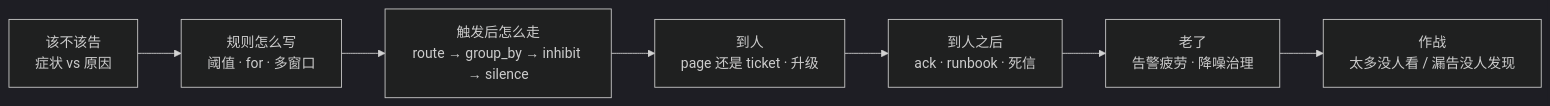
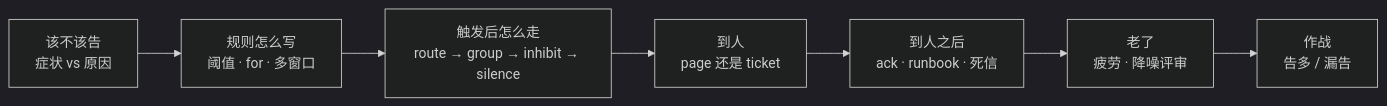
The first of 5 diagrams in 09-可观测性与SRE方法论/03-告警设计与降噪/知识点.md (ml-cuizijun/LearnToLilith), drawn with Mermaid (dark theme) before and after one commit. The commit also changed other lines of this file and 178 other files, not shown here.

````diff
--- a/09-可观测性与SRE方法论/03-告警设计与降噪/知识点.md
+++ b/09-可观测性与SRE方法论/03-告警设计与降噪/知识点.md
@@ -21,9 +14,9 @@
 ```mermaid
 flowchart LR
     SHOULD["该不该告<br/>症状 vs 原因"] --> RULE["规则怎么写<br/>阈值 · for · 多窗口"]
-    RULE --> FLOW["触发后怎么走<br/>route → group_by → inhibit → silence"]
-    FLOW --> PEOPLE["到人<br/>page 还是 ticket · 升级"]
+    RULE --> FLOW["触发后怎么走<br/>route → group → inhibit → silence"]
+    FLOW --> PEOPLE["到人<br/>page 还是 ticket"]
     PEOPLE --> RESP["到人之后<br/>ack · runbook · 死信"]
-    RESP --> AGE["老了<br/>告警疲劳 · 降噪治理"]
-    AGE --> WAR["作战<br/>太多没人看 / 漏告没人发现"]
+    RESP --> AGE["老了<br/>疲劳 · 降噪评审"]
+    AGE --> WAR["作战<br/>告多 / 漏告"]
 ```
````
